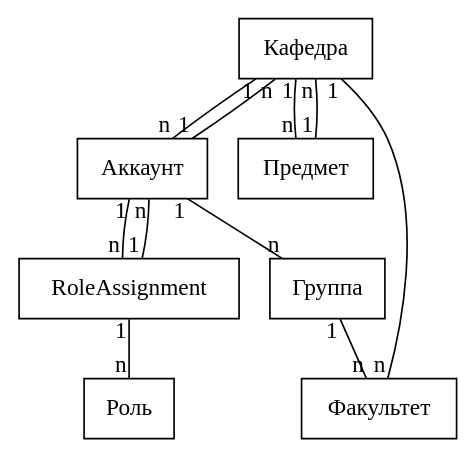
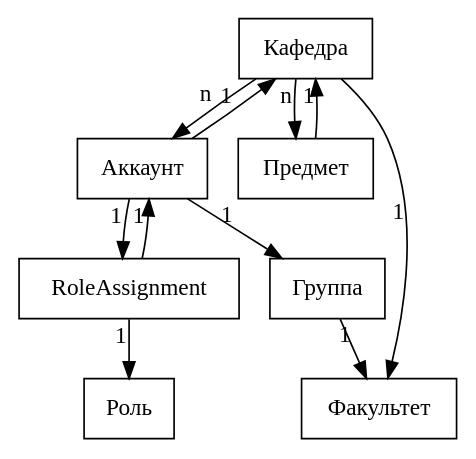
Before and after one commit to NetCrackerO2/ScheduleProject: the diagram in graph.dot, drawn with Graphviz. The commit also changed 1 other file, not shown here.

Commit message:
Graph update x2

```diff
--- a/graph.dot
+++ b/graph.dot
@@ -1,15 +1,15 @@
 digraph G {
 	node [shape="box"];
-	edge [arrowhead=none,arrowtail=none];
 	{
-		edge[headlabel="n",taillabel="1"];
-		Кафедра->{Аккаунт,Предмет,Факультет};
+		edge[xlabel="n",];
+		Кафедра->{Аккаунт,Предмет};
+	}
+	{
+		edge[xlabel="1"];
+		Кафедра->Факультет;
 		Группа->Факультет;
 		Аккаунт->{Кафедра,Группа,RoleAssignment};
 		RoleAssignment->{Аккаунт,Роль};
 		Предмет->Кафедра;
 	}
-	{
-		edge[headlabel="1",taillabel="n"];
-	}
 }
```
